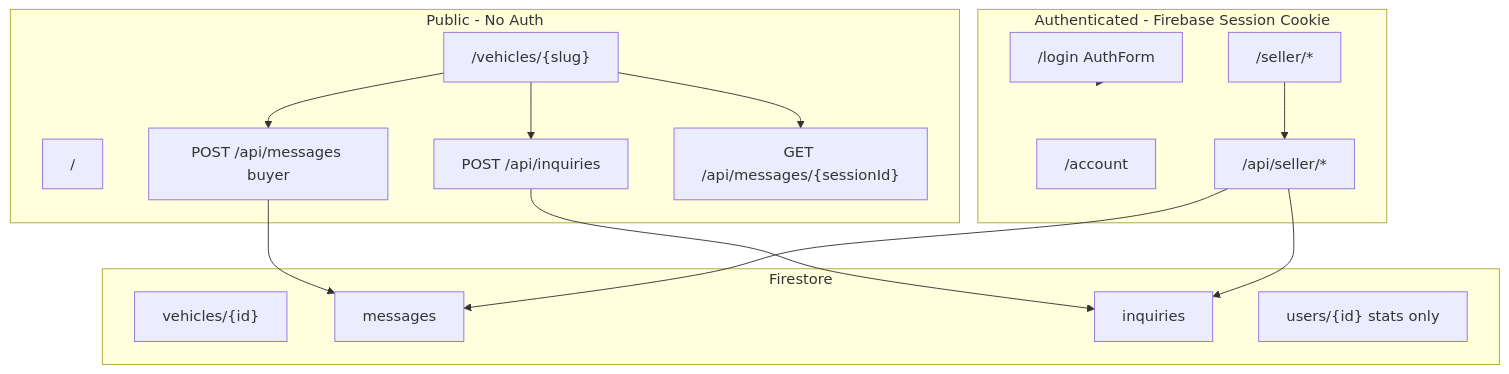
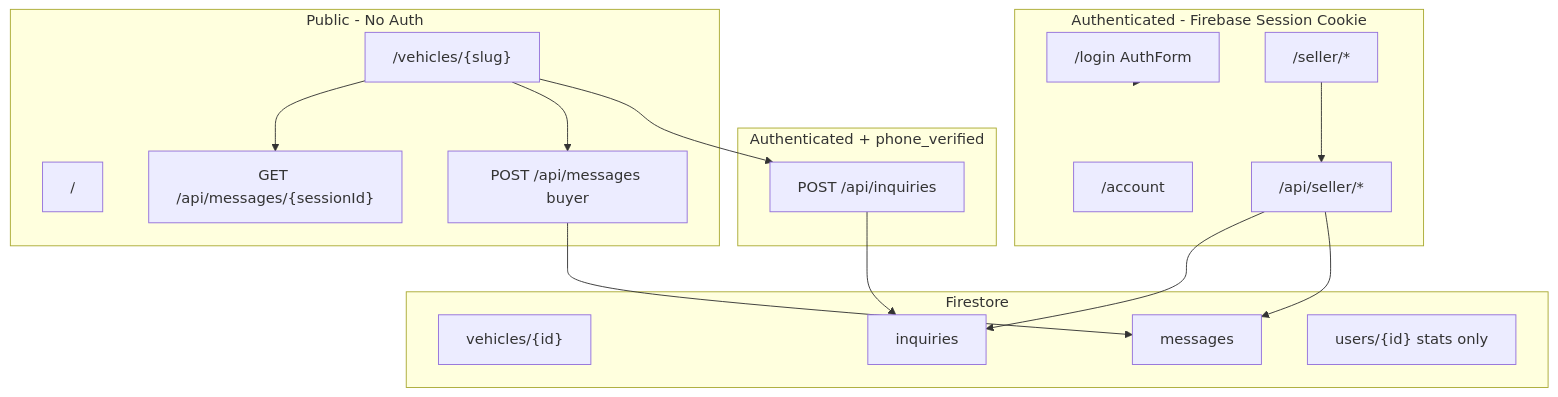
One commit to jlfassio-vibecoder/sellbyownerlocal changed the first of 3 diagrams in VERIFICATION_ROADMAP.md. Above: the diagram before and after it, drawn with Mermaid. The commit also changed other lines of this file and 5 other files, not shown here.

````diff
--- a/VERIFICATION_ROADMAP.md
+++ b/VERIFICATION_ROADMAP.md
@@ -28,34 +28,37 @@
 ```mermaid
 flowchart TB
   subgraph public [Public - No Auth]
     Home["/"]
     Listing["/vehicles/{slug}"]
-    InvAPI["POST /api/inquiries"]
     MsgAPI["POST /api/messages buyer"]
     MsgGet["GET /api/messages/{sessionId}"]
+  end
+
+  subgraph gated [Authenticated + phone_verified]
+    InvAPI["POST /api/inquiries"]
   end
 
   subgraph auth [Authenticated - Firebase Session Cookie]
     Login["/login AuthForm"]
     Account["/account"]
     Seller["/seller/*"]
     SellerAPI["/api/seller/*"]
   end
 
   subgraph firestore [Firestore]
     Vehicles["vehicles/{id}"]
     Messages["messages"]
     Inquiries["inquiries"]
     Users["users/{id} stats only"]
   end
 
   Listing --> InvAPI
   Listing --> MsgAPI
   Listing --> MsgGet
   Login --> auth
   Seller --> SellerAPI
   InvAPI --> Inquiries
   MsgAPI --> Messages
   SellerAPI --> Messages
   SellerAPI --> Inquiries
 ```
````
